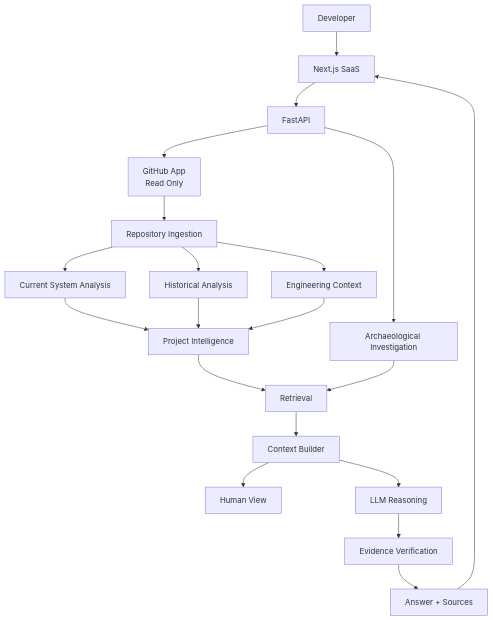
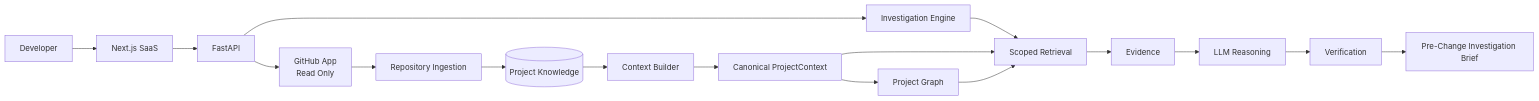
One commit to ShlokRamteke/CodeAtlas changed the first of 4 diagrams in ARCHITECTURE.md. Above: the diagram before and after it, drawn with Mermaid. The commit also changed other lines of this file and 13 other files, not shown here.

Commit message:
docs: align live documentation with pre-change investigation goals while preserving task history

````diff
--- a/ARCHITECTURE.md
+++ b/ARCHITECTURE.md
@@ -15,29 +14,23 @@
 ```mermaid
-flowchart TB
-    USER[Developer] --> WEB[Next.js SaaS]
+flowchart LR
+    U[Developer] --> WEB[Next.js SaaS]
     WEB --> API[FastAPI]
 
     API --> GH[GitHub App<br/>Read Only]
     GH --> ING[Repository Ingestion]
 
-    ING --> CURRENT[Current System Analysis]
-    ING --> HISTORY[Historical Analysis]
-    ING --> CONTEXT[Engineering Context]
+    ING --> KNOW[(Project Knowledge)]
+    KNOW --> CB[Context Builder]
+    CB --> CTX[Canonical ProjectContext]
+    CTX --> GRAPH[Project Graph]
 
-    CURRENT --> KNOWLEDGE[Project Intelligence]
-    HISTORY --> KNOWLEDGE
-    CONTEXT --> KNOWLEDGE
+    API --> ENG[Investigation Engine]
+    ENG --> RET[Scoped Retrieval]
+    RET --> EVIDENCE[Evidence]
+    EVIDENCE --> LLM[LLM Reasoning]
+    LLM --> VERIFY[Verification]
+    VERIFY --> RESULT[Pre-Change Investigation Brief]
 
-    KNOWLEDGE --> RET[Retrieval]
-
-    API --> INVEST[Archaeological Investigation]
-    INVEST --> RET
-
-    RET --> BUILDER[Context Builder]
-    BUILDER --> HUMAN[Human View]
-    BUILDER --> REASON[LLM Reasoning]
-
-    REASON --> VERIFY[Evidence Verification]
-    VERIFY --> RESULT[Answer + Sources]
-    RESULT --> WEB
+    CTX --> RET
+    GRAPH --> RET
 ```
````
